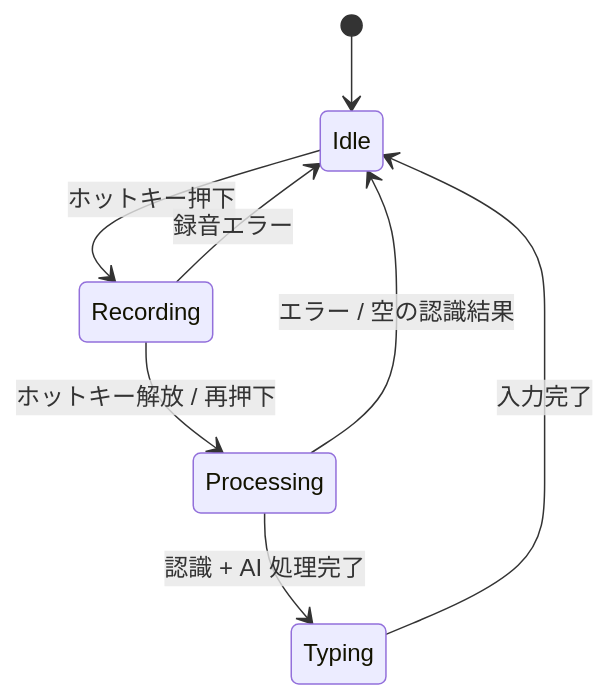
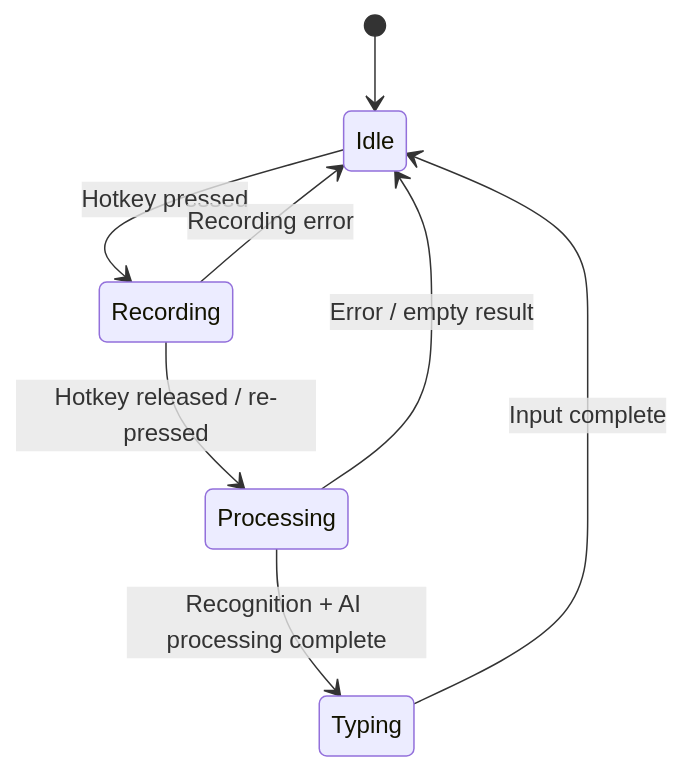
The second of 2 diagrams in README.md (shuhei0866/koe), drawn with Mermaid before and after one commit. The commit also changed other lines of this file and 6 other files, not shown here.

````diff
--- a/README.md
+++ b/README.md
@@ -63,10 +91,10 @@
 ```mermaid
 stateDiagram-v2
     [*] --> Idle
-    Idle --> Recording : ホットキー押下
-    Recording --> Processing : ホットキー解放 / 再押下
-    Processing --> Typing : 認識 + AI 処理完了
-    Typing --> Idle : 入力完了
-    Processing --> Idle : エラー / 空の認識結果
-    Recording --> Idle : 録音エラー
+    Idle --> Recording : Hotkey pressed
+    Recording --> Processing : Hotkey released / re-pressed
+    Processing --> Typing : Recognition + AI processing complete
+    Typing --> Idle : Input complete
+    Processing --> Idle : Error / empty result
+    Recording --> Idle : Recording error
 ```
````
